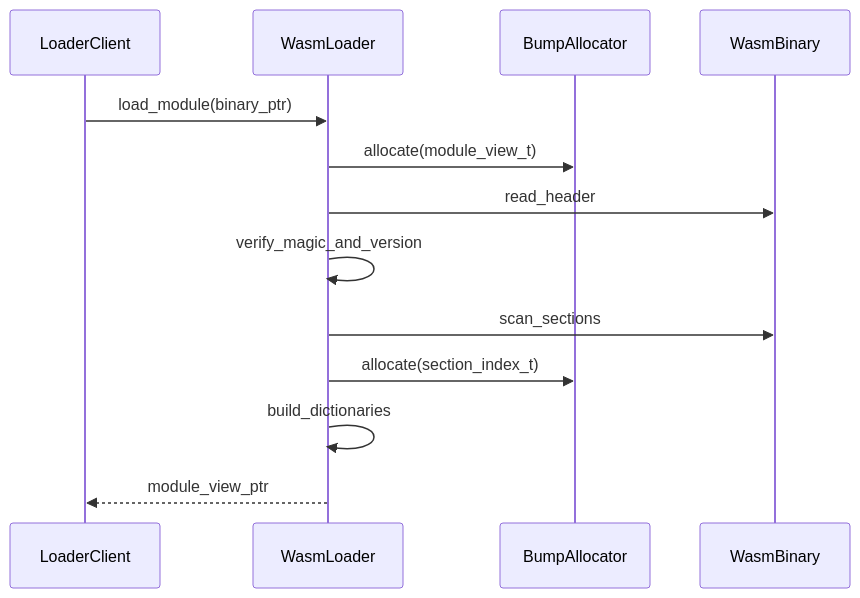
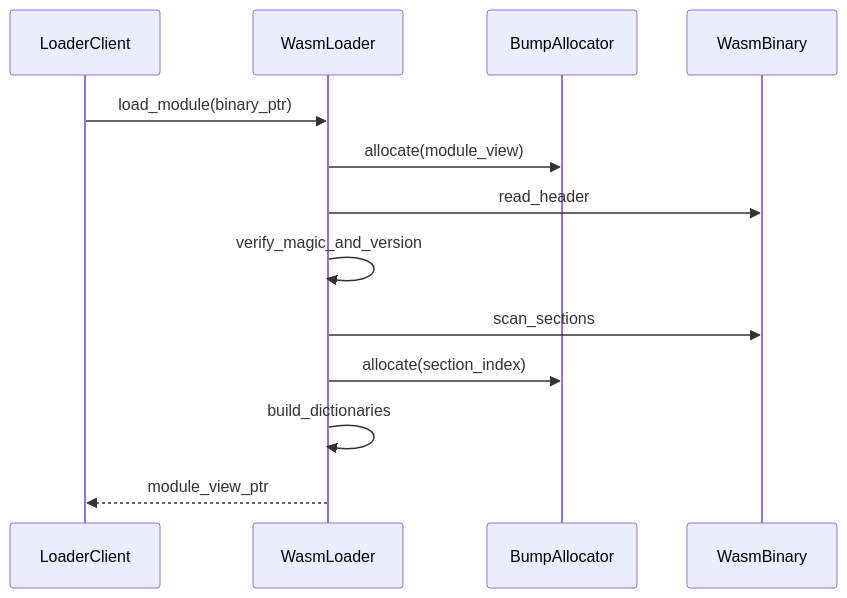
The third of 3 diagrams in docs/orders/components/loader.md (kmt-t/fireball), drawn with Mermaid before and after one commit. The commit also changed other lines of this file and 20 other files, not shown here.

````diff
--- a/docs/orders/components/loader.md
+++ b/docs/orders/components/loader.md
@@ -66,16 +64,16 @@
 ```mermaid
 sequenceDiagram
     participant Client as LoaderClient
     participant Loader as WasmLoader
     participant Alloc as BumpAllocator
     participant ROM as WasmBinary
     
     Client->>Loader: load_module(binary_ptr)
-    Loader->>Alloc: allocate(module_view_t)
+    Loader->>Alloc: allocate(module_view)
     Loader->>ROM: read_header
     Loader->>Loader: verify_magic_and_version
     Loader->>ROM: scan_sections
-    Loader->>Alloc: allocate(section_index_t)
+    Loader->>Alloc: allocate(section_index)
     Loader->>Loader: build_dictionaries
     Loader-->>Client: module_view_ptr
 ```
````
